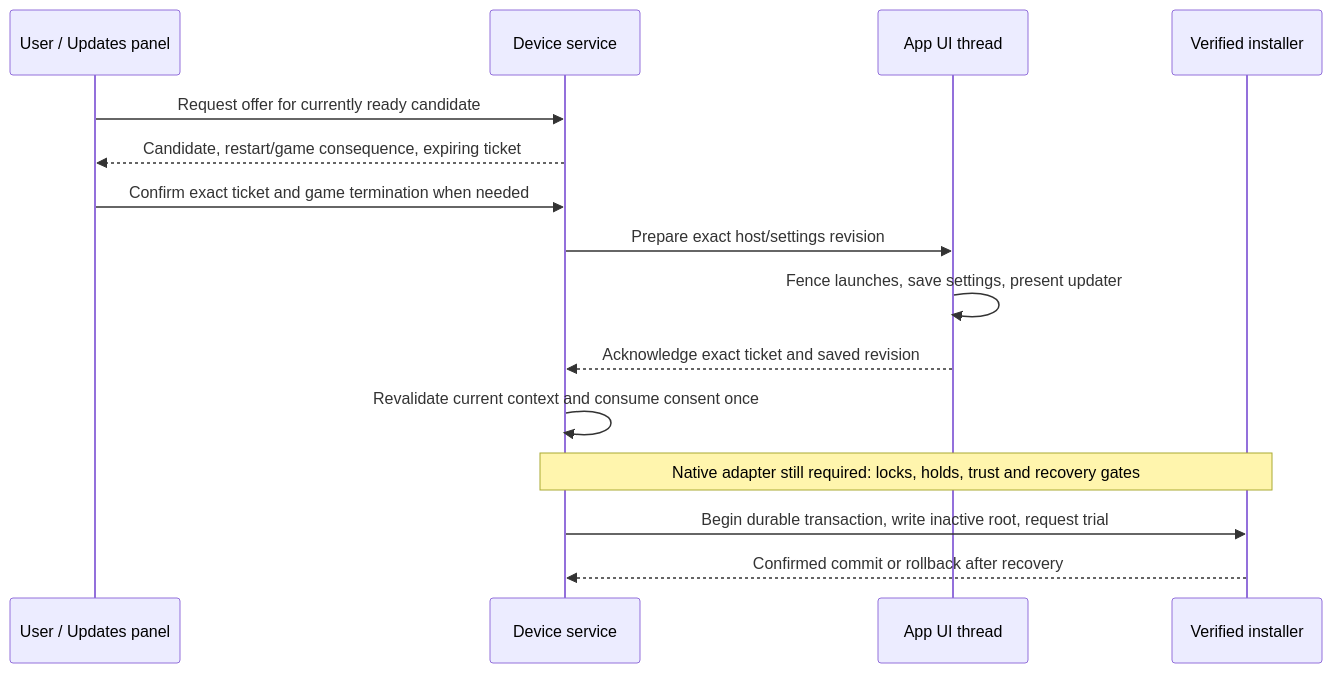
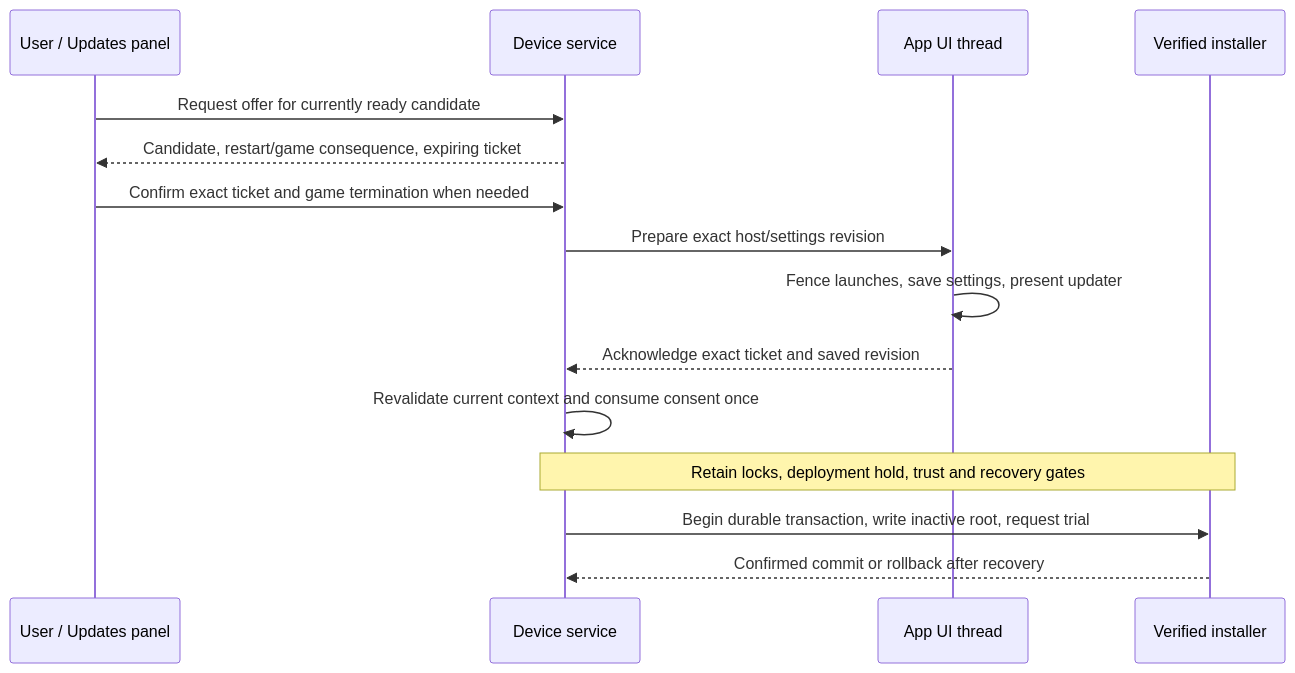
Before and after one commit to aortez/space-wars: the diagram in docs/ota-install-handoff.md, drawn with Mermaid. The commit also changed other lines of this file and 31 other files, not shown here.

````diff
--- a/docs/ota-install-handoff.md
+++ b/docs/ota-install-handoff.md
@@ -27,17 +27,17 @@
 ```mermaid
 sequenceDiagram
     participant U as User / Updates panel
     participant S as Device service
     participant H as App UI thread
     participant W as Verified installer
     U->>S: Request offer for currently ready candidate
     S-->>U: Candidate, restart/game consequence, expiring ticket
     U->>S: Confirm exact ticket and game termination when needed
     S->>H: Prepare exact host/settings revision
     H->>H: Fence launches, save settings, present updater
     H-->>S: Acknowledge exact ticket and saved revision
     S->>S: Revalidate current context and consume consent once
-    Note over S,W: Native adapter still required: locks, holds, trust and recovery gates
+    Note over S,W: Retain locks, deployment hold, trust and recovery gates
     S->>W: Begin durable transaction, write inactive root, request trial
     W-->>S: Confirmed commit or rollback after recovery
 ```
````
